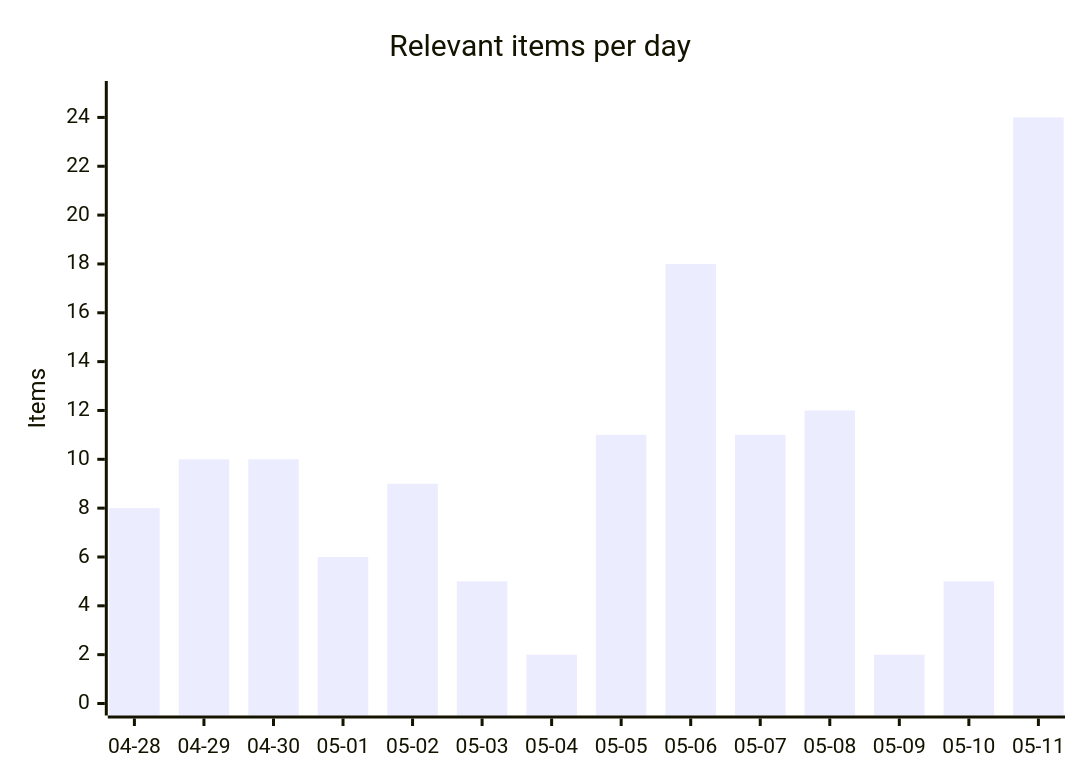
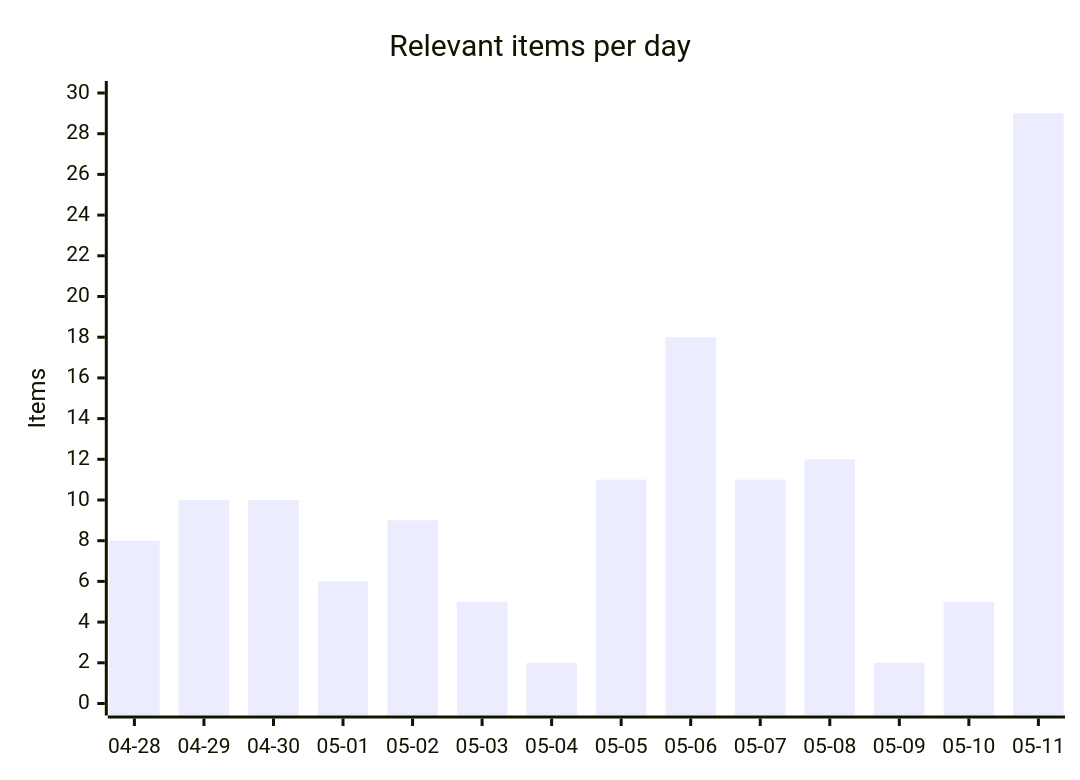
The first of 4 diagrams in README.md (martinbalfanz/social-scanner-reports), drawn with Mermaid before and after one commit. The commit also changed other lines of this file and 2 other files, not shown here.

````diff
--- a/README.md
+++ b/README.md
@@ -30,7 +30,7 @@
 ```mermaid
 xychart-beta
     title "Relevant items per day"
     x-axis ["04-28", "04-29", "04-30", "05-01", "05-02", "05-03", "05-04", "05-05", "05-06", "05-07", "05-08", "05-09", "05-10", "05-11"]
-    y-axis "Items" 0 --> 25
-    bar [8, 10, 10, 6, 9, 5, 2, 11, 18, 11, 12, 2, 5, 24]
+    y-axis "Items" 0 --> 30
+    bar [8, 10, 10, 6, 9, 5, 2, 11, 18, 11, 12, 2, 5, 29]
 ```
````
